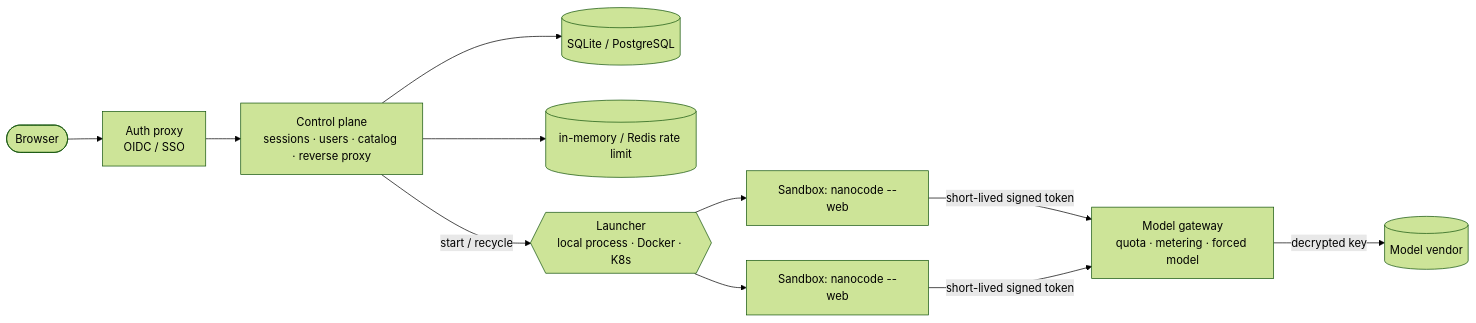
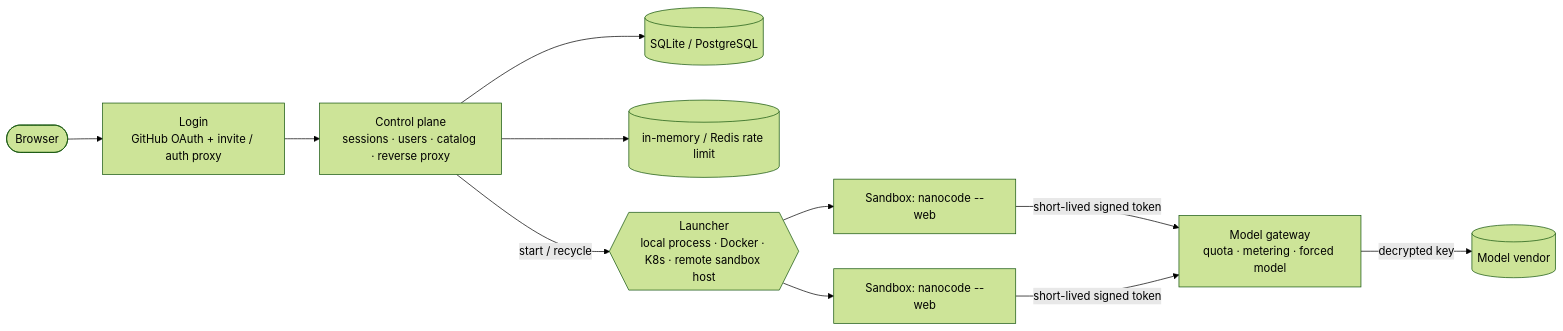
One commit to mbaiagent/nanocode changed the third of 3 diagrams in README.en.md. Above: the diagram before and after it, drawn with Mermaid (forest theme). The commit also changed other lines of this file and 24 other files, not shown here.

First line of the commit message:
docs: 文档补齐——索引、NCS_* 配置参考、部署拓扑、登录与管理、安全模型、CHANGELOG、在线使用与平台截图

````diff
--- a/README.en.md
+++ b/README.en.md
@@ -98,13 +104,13 @@
 ```mermaid
 flowchart LR
-    B([Browser]) --> AP[Auth proxy<br/>OIDC / SSO]
+    B([Browser]) --> AP[Login<br/>GitHub OAuth + invite / auth proxy]
     AP --> CP[Control plane<br/>sessions · users · catalog · reverse proxy]
     CP --> DB[(SQLite / PostgreSQL)]
     CP --> RL[(in-memory / Redis rate limit)]
-    CP -->|start / recycle| L{{Launcher<br/>local process · Docker · K8s}}
+    CP -->|start / recycle| L{{Launcher<br/>local process · Docker · K8s · remote sandbox host}}
     L --> SB1[Sandbox: nanocode --web]
     L --> SB2[Sandbox: nanocode --web]
     SB1 -->|short-lived signed token| GW[Model gateway<br/>quota · metering · forced model]
     SB2 -->|short-lived signed token| GW
     GW -->|decrypted key| M[(Model vendor)]
 ```
````
